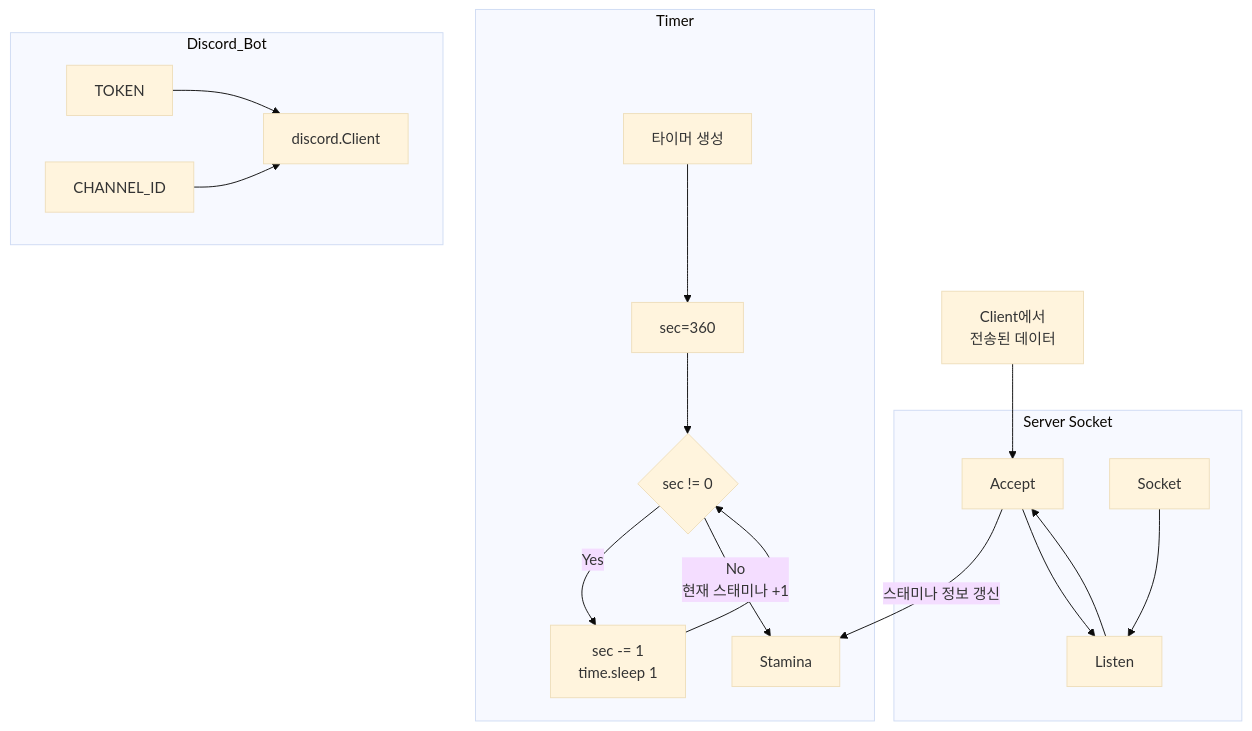
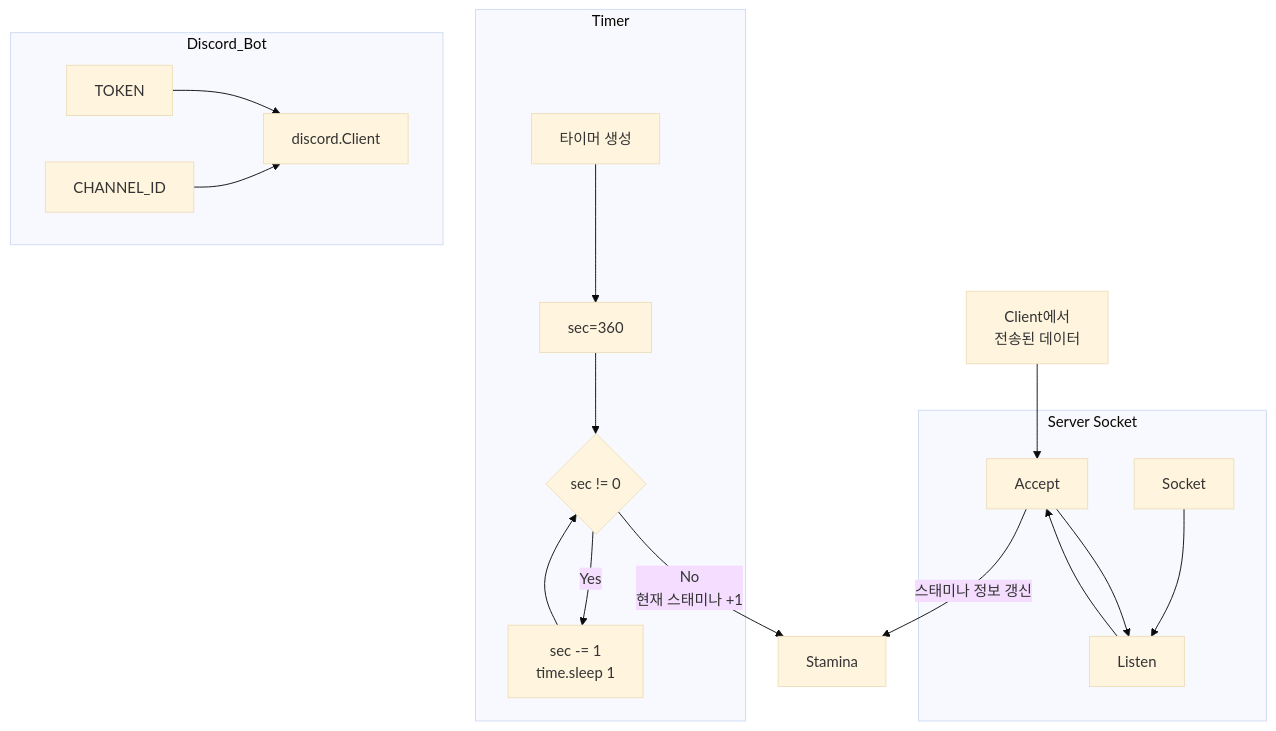
Before and after one commit to 201710808/Game-Stamina-Alarm: the third of 3 diagrams in README.md, drawn with Mermaid (base theme). The commit also changed other lines of this file, not shown here.

````diff
--- a/README.md
+++ b/README.md
@@ -55,24 +55,24 @@
 ```mermaid
 graph TB;
     data[Client에서\n전송된 데이터]-->Accept;
 
     subgraph Server Socket;
     Socket-->Listen;
     Listen-->Accept;
     end;
     Accept-->|스태미나 정보 갱신|Stamina;
     Accept-->Listen;
 
     subgraph Timer;
     timer_start[타이머 생성]-->sec;
     sec[sec=360]-->condition{sec != 0};
     condition-->|"Yes"|process_time[sec -= 1\ntime.sleep 1];
     process_time-->condition;
+    end;
     condition-->|"No\n현재 스태미나 +1"|Stamina;
-    end;
 
     subgraph Discord_Bot;
     TOKEN-->Client[discord.Client];
     CHANNEL_ID-->Client;
     end;
 ```
````
